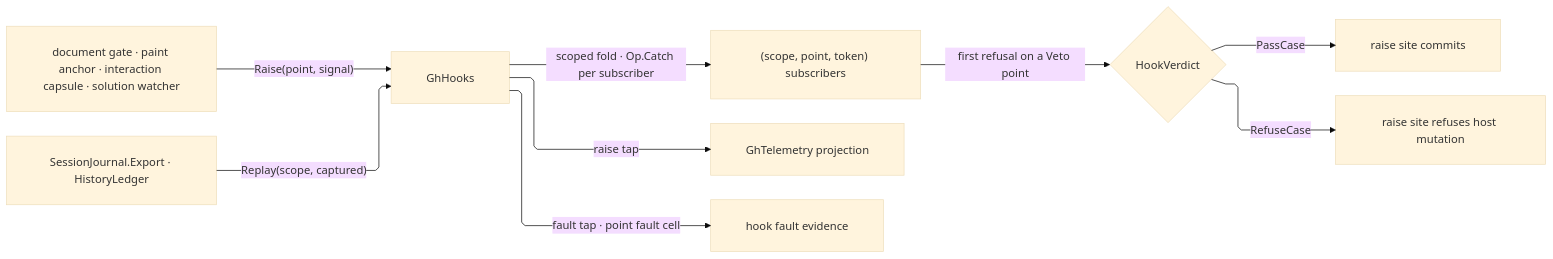
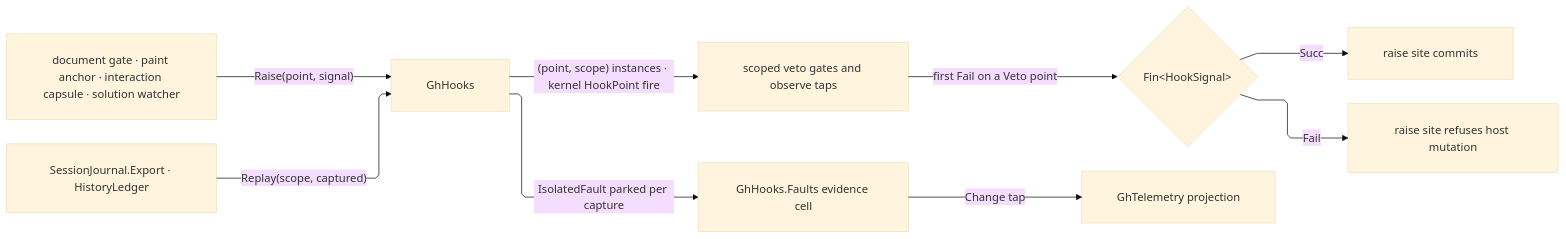
Before and after one commit to bsamiee/Rasm: the diagram in libs/csharp/Rasm.Grasshopper/.planning/Shell/hooks.md, drawn with Mermaid (base theme). The commit also changed other lines of this file and 293 other files, not shown here.

````diff
--- a/libs/csharp/Rasm.Grasshopper/.planning/Shell/hooks.md
+++ b/libs/csharp/Rasm.Grasshopper/.planning/Shell/hooks.md
@@ -191,20 +161,20 @@
 ```mermaid
 ---
 config:
   layout: elk
   flowchart:
     curve: linear
     padding: 25
 ---
 flowchart LR
-    accTitle: Route boundary raises through scoped hook points
-    accDescr: Owning pages raise typed signals at ruled hook points; the registry folds scoped subscribers under fault isolation, veto points settle a verdict the raise site consults, and the raise and fault taps feed the telemetry fan and log rail.
+    accTitle: Route boundary raises through scoped capsule instances
+    accDescr: Owning pages raise typed signals at ruled hook points; the registry resolves one kernel capsule instance per point and scope, veto points settle a Fin verdict the raise site consults, and contained subscriber faults park on the shared evidence cell the telemetry fold drains.
     Sites["document gate · paint anchor · interaction capsule · solution watcher"] -->|"Raise(point, signal)"| Rail["GhHooks"]
-    Rail -->|"scoped fold · Op.Catch per subscriber"| Subs["(scope, point, token) subscribers"]
-    Subs -->|"first refusal on a Veto point"| Verdict{"HookVerdict"}
-    Verdict -->|"PassCase"| Commit["raise site commits"]
-    Verdict -->|"RefuseCase"| Refuse["raise site refuses host mutation"]
-    Rail -->|"raise tap"| Fan["GhTelemetry projection"]
-    Rail -->|"fault tap · point fault cell"| Faults["hook fault evidence"]
+    Rail -->|"(point, scope) instances · kernel HookPoint fire"| Subs["scoped veto gates and observe taps"]
+    Subs -->|"first Fail on a Veto point"| Verdict{"Fin&lt;HookSignal&gt;"}
+    Verdict -->|"Succ"| Commit["raise site commits"]
+    Verdict -->|"Fail"| Refuse["raise site refuses host mutation"]
+    Rail -->|"IsolatedFault parked per capture"| Faults["GhHooks.Faults evidence cell"]
+    Faults -->|"Change tap"| Fan["GhTelemetry projection"]
     Journal["SessionJournal.Export · HistoryLedger"] -->|"Replay(scope, captured)"| Rail
 ```
````
